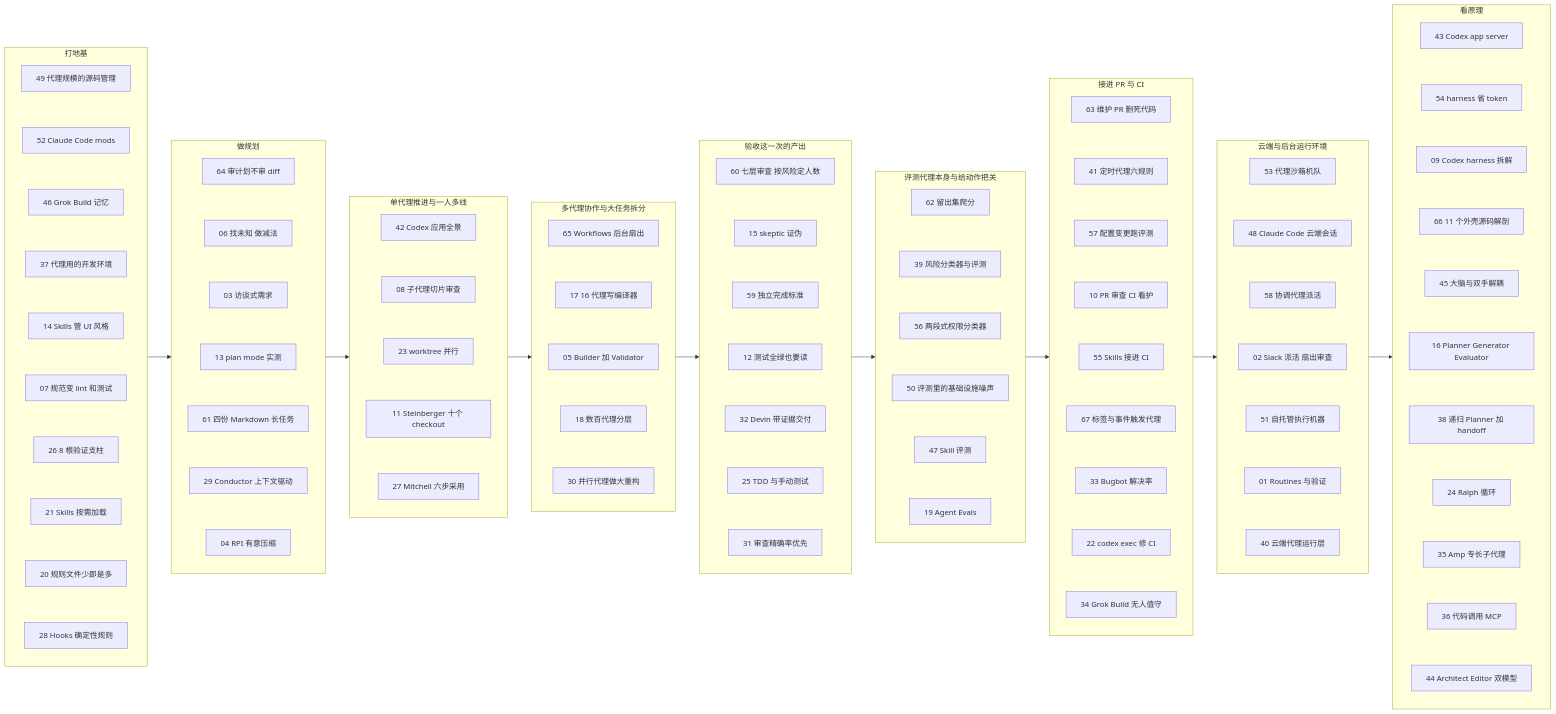
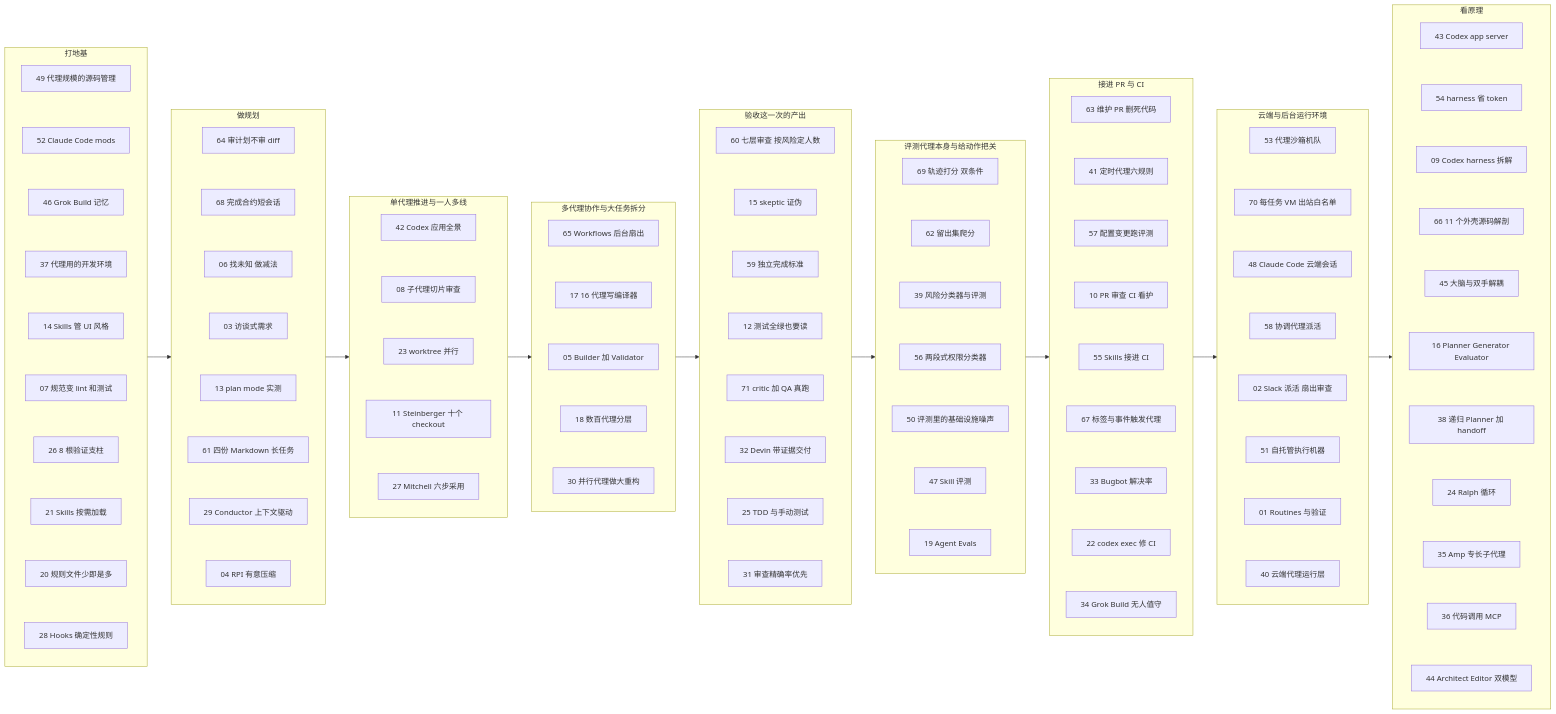
One commit to yzw7489757/ai-coding-videos changed the diagram in docs/index.md. Above: the diagram before and after it, drawn with Mermaid. The commit also changed other lines of this file and 19 other files, not shown here.

```diff
--- a/docs/index.md
+++ b/docs/index.md
@@ -143,13 +147,15 @@
   subgraph S2["做规划"]
     direction TB
     A64["64 审计划不审 diff"]
+    A68["68 完成合约短会话"]
     A06["06 找未知 做减法"]
     A03["03 访谈式需求"]
     A13["13 plan mode 实测"]
     A61["61 四份 Markdown 长任务"]
     A29["29 Conductor 上下文驱动"]
     A04["04 RPI 有意压缩"]
-    A64 ~~~ A06
+    A64 ~~~ A68
+    A68 ~~~ A06
     A06 ~~~ A03
     A03 ~~~ A13
     A13 ~~~ A61
@@ -186,24 +192,28 @@
     A15["15 skeptic 证伪"]
     A59["59 独立完成标准"]
     A12["12 测试全绿也要读"]
+    A71["71 critic 加 QA 真跑"]
     A32["32 Devin 带证据交付"]
     A25["25 TDD 与手动测试"]
     A31["31 审查精确率优先"]
     A60 ~~~ A15
     A15 ~~~ A59
     A59 ~~~ A12
-    A12 ~~~ A32
+    A12 ~~~ A71
+    A71 ~~~ A32
     A32 ~~~ A25
     A25 ~~~ A31
   end
   subgraph S6["评测代理本身与给动作把关"]
     direction TB
+    A69["69 轨迹打分 双条件"]
     A62["62 留出集爬分"]
     A39["39 风险分类器与评测"]
     A56["56 两段式权限分类器"]
     A50["50 评测里的基础设施噪声"]
     A47["47 Skill 评测"]
     A19["19 Agent Evals"]
+    A69 ~~~ A62
     A62 ~~~ A39
     A39 ~~~ A56
     A56 ~~~ A50
@@ -233,13 +243,15 @@
   subgraph S8["云端与后台运行环境"]
     direction TB
     A53["53 代理沙箱机队"]
+    A70["70 每任务 VM 出站白名单"]
     A48["48 Claude Code 云端会话"]
     A58["58 协调代理派活"]
     A02["02 Slack 派活 扇出审查"]
     A51["51 自托管执行机器"]
     A01["01 Routines 与验证"]
     A40["40 云端代理运行层"]
-    A53 ~~~ A48
+    A53 ~~~ A70
+    A70 ~~~ A48
     A48 ~~~ A58
     A58 ~~~ A02
     A02 ~~~ A51
```
